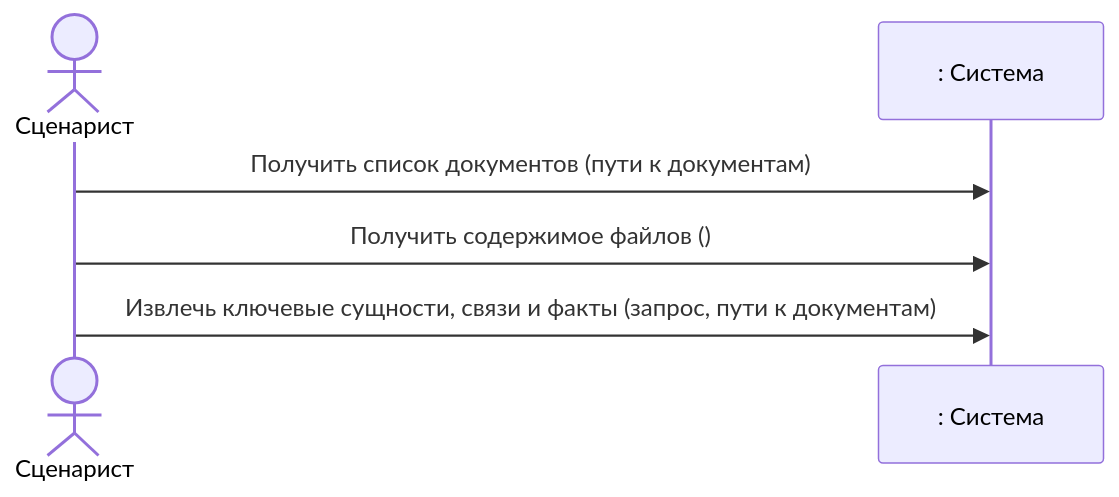
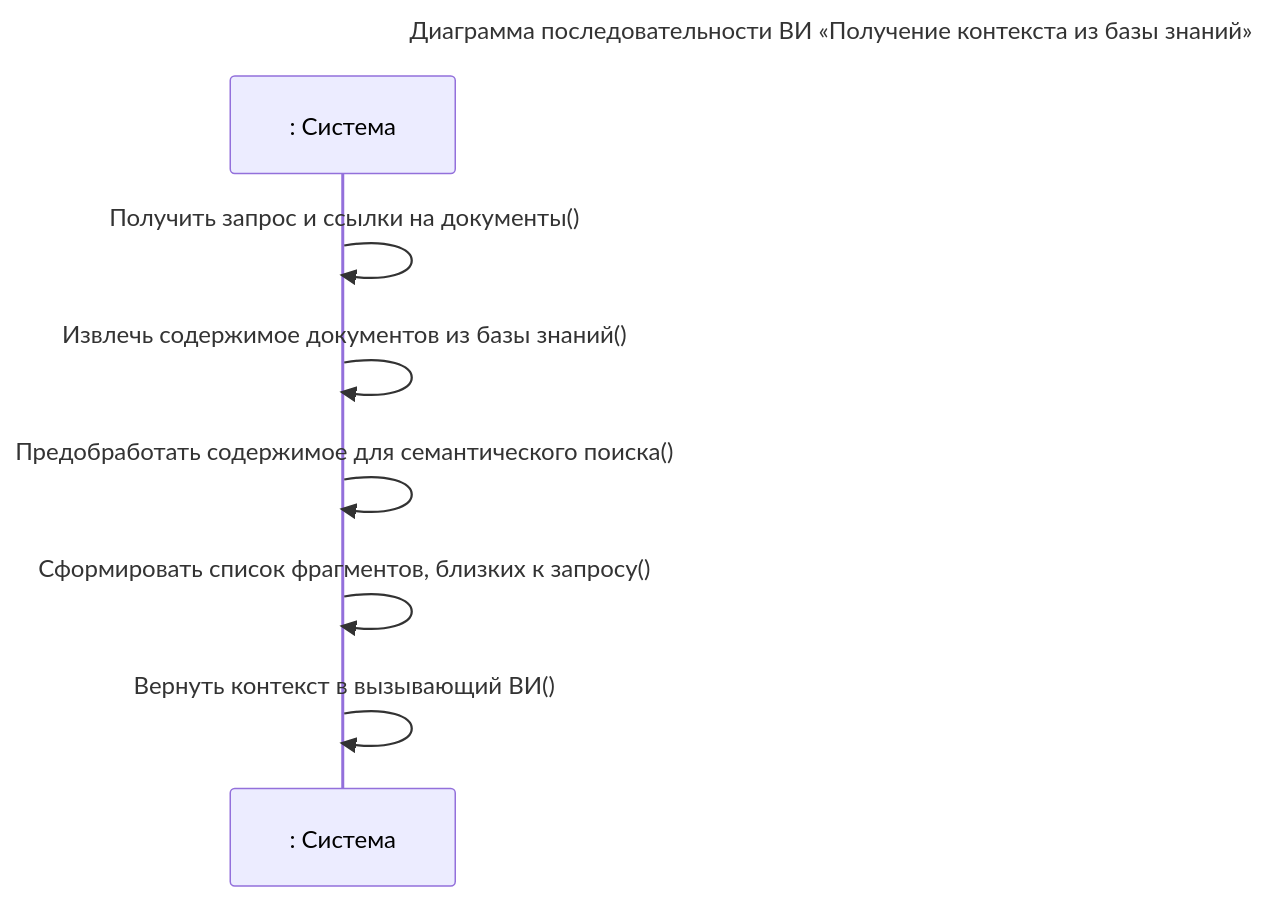
The third of 5 diagrams in 3. Диаграмма последовательностей системы.md (CHSU-scenarAIst/diagrammy), drawn with Mermaid before and after one commit. The commit also changed other lines of this file and 13 other files, not shown here.

````diff
--- a/3. Диаграмма последовательностей системы.md
+++ b/3. Диаграмма последовательностей системы.md
@@ -157,9 +210,13 @@
 ```mermaid
+---
+title: Диаграмма последовательности ВИ «Получение контекста из базы знаний»
+---
 sequenceDiagram
-    actor User as Сценарист
     participant System as : Система
 
-    User->>System: Получить список документов (пути к документам)
-    User->>System: Получить содержимое файлов ()
-    User->>System: Извлечь ключевые сущности, связи и факты (запрос, пути к документам)
+    System->>System: Получить запрос и ссылки на документы()
+    System->>System: Извлечь содержимое документов из базы знаний()
+    System->>System: Предобработать содержимое для семантического поиска()
+    System->>System: Сформировать список фрагментов, близких к запросу()
+    System->>System: Вернуть контекст в вызывающий ВИ()
 ```
````
